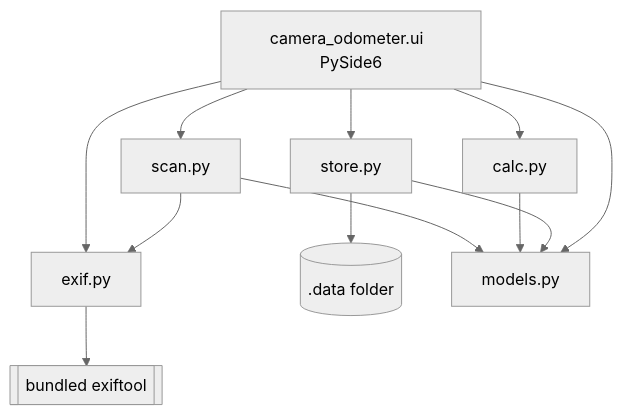
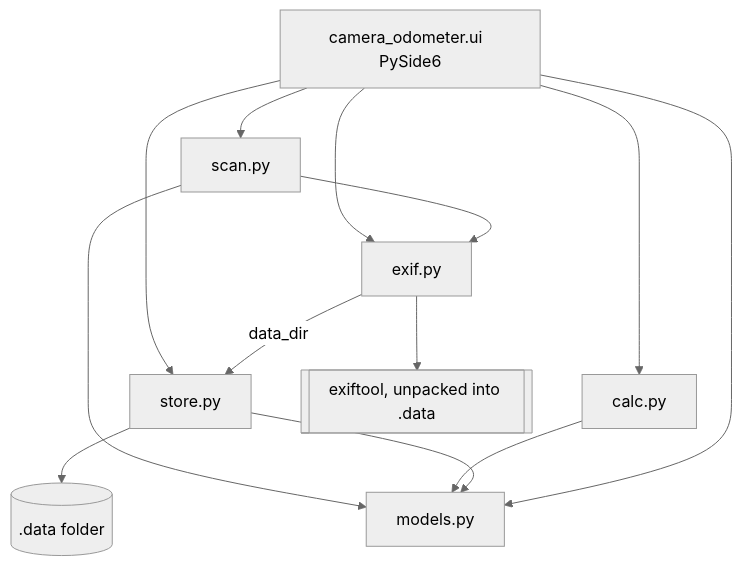
Before and after one commit to PoyoPoak/camera-odometer-calculator: the diagram in docs/architecture.md, drawn with Mermaid (neutral theme). The commit also changed other lines of this file and 13 other files, not shown here.

````diff
--- a/docs/architecture.md
+++ b/docs/architecture.md
@@ -3,11 +3,12 @@
 ```mermaid
 flowchart TD
     UI[camera_odometer.ui  PySide6] --> SCAN[scan.py]
     UI --> CALC[calc.py]
     UI --> STORE[store.py]
     UI --> EXIF[exif.py]
     SCAN --> EXIF
+    EXIF -->|data_dir| STORE
     STORE --> DATA[(.data folder)]
-    EXIF --> ET[[bundled exiftool]]
+    EXIF --> ET[[exiftool, unpacked into .data]]
     SCAN & CALC & STORE & UI --> MODELS[models.py]
 ```
````
